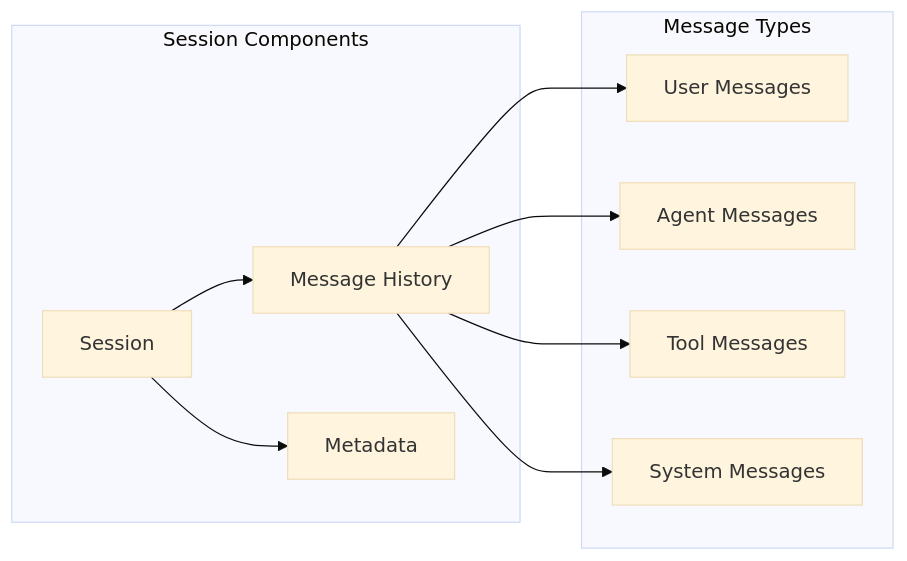
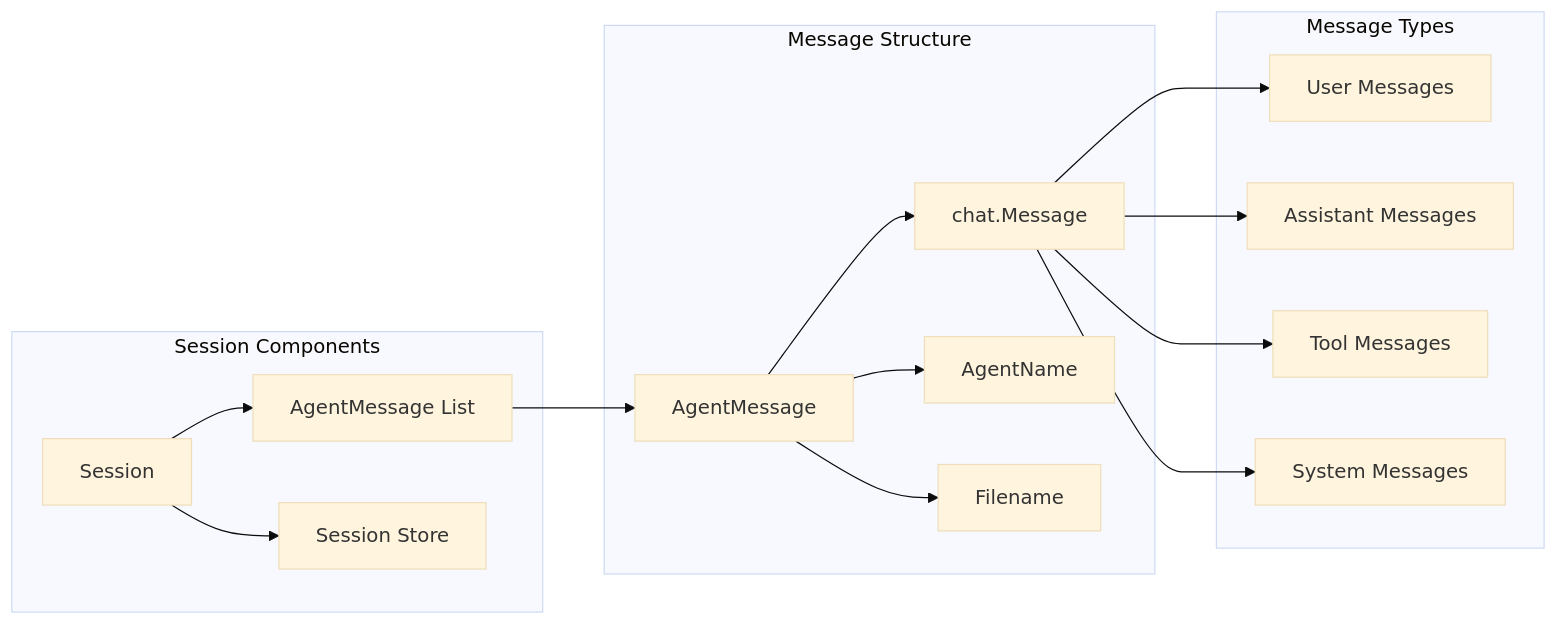
One commit to vvoland/cagent changed the seventh of 12 diagrams in docs/architecture.md. Above: the diagram before and after it, drawn with Mermaid (base theme). The commit also changed other lines of this file, not shown here.

Commit message:
Update architecture docs

````diff
--- a/docs/architecture.md
+++ b/docs/architecture.md
@@ -326,22 +420,33 @@
 ```mermaid
 graph LR
     subgraph "Session Components"
         SESS[Session]
-        MESSAGES[Message History]
-        METADATA[Metadata]
+        MESSAGES[AgentMessage List]
+        STORE[Session Store]
+    end
+
+    subgraph "Message Structure"
+        AGENT_MSG[AgentMessage]
+        CHAT_MSG[chat.Message]
+        AGENT_NAME[AgentName]
+        FILENAME[Filename]
     end
 
     subgraph "Message Types"
         USER[User Messages]
-        AGENT[Agent Messages]
+        ASSISTANT[Assistant Messages]
         TOOL[Tool Messages]
         SYSTEM[System Messages]
     end
 
     SESS --> MESSAGES
-    SESS --> METADATA
-    MESSAGES --> USER
-    MESSAGES --> AGENT
-    MESSAGES --> TOOL
-    MESSAGES --> SYSTEM
+    SESS --> STORE
+    MESSAGES --> AGENT_MSG
+    AGENT_MSG --> CHAT_MSG
+    AGENT_MSG --> AGENT_NAME
+    AGENT_MSG --> FILENAME
+    CHAT_MSG --> USER
+    CHAT_MSG --> ASSISTANT
+    CHAT_MSG --> TOOL
+    CHAT_MSG --> SYSTEM
 ```
````
